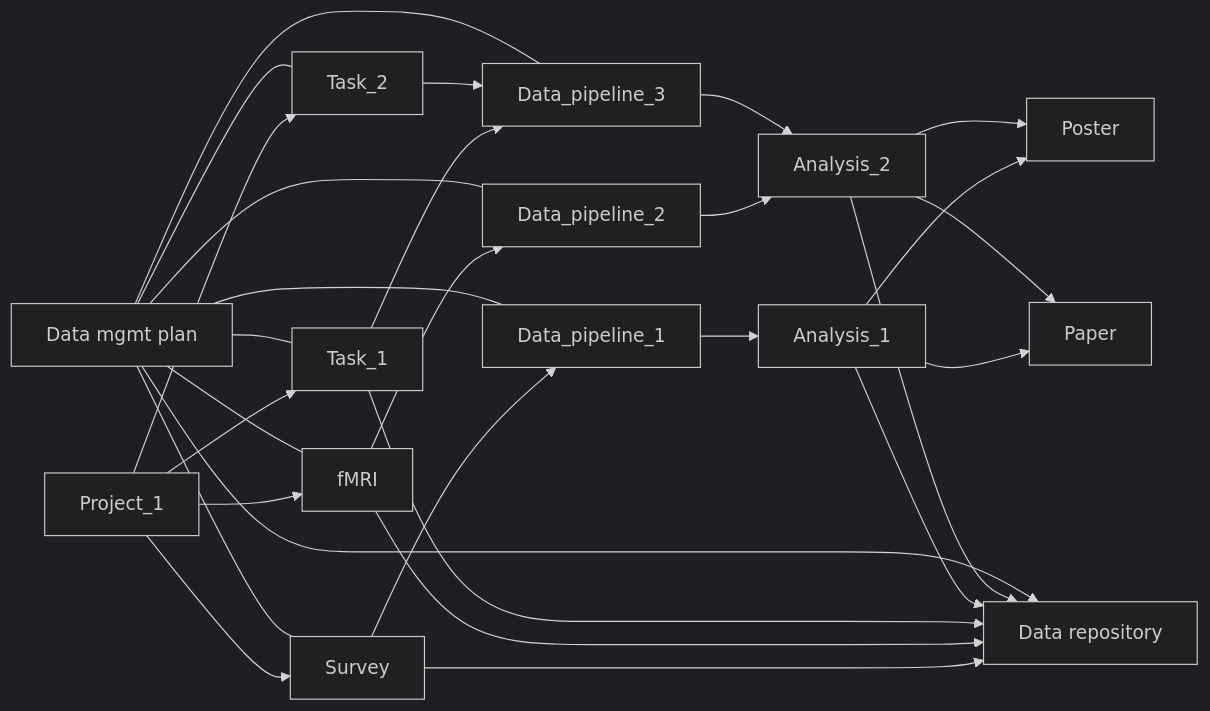
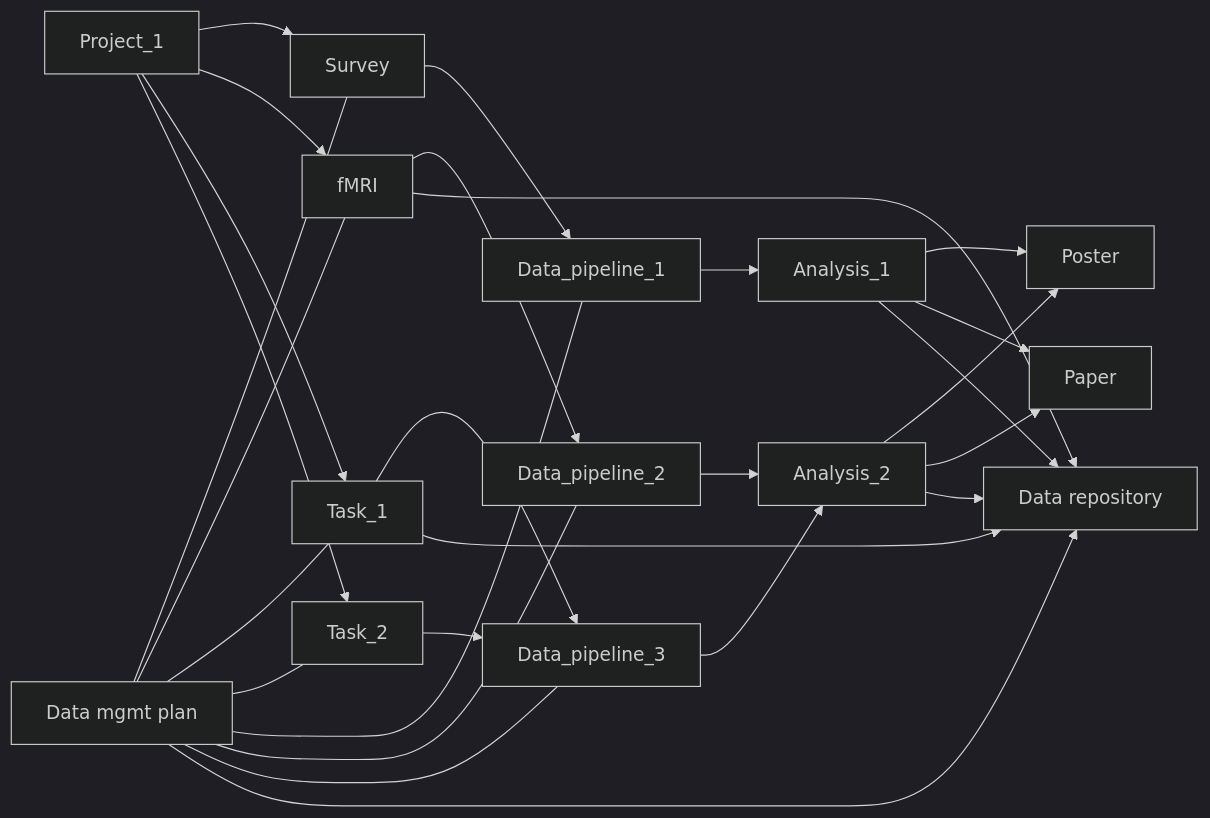
One commit to penn-state-open-science/sleic-best-practices-2025-12-02 changed the fourth of 5 diagrams in index.qmd. Above: the diagram before and after it, drawn with Mermaid (dark theme). The commit also changed other lines of this file and 9 other files, not shown here.

````diff
--- a/index.qmd
+++ b/index.qmd
@@ -229,19 +226,19 @@
 ```{mermaid}
 %%| label: fig-one-project-w-sharing
 %%| fig-cap: "One project workflow with planned data sharing"
 flowchart LR
   A["Project_1"] --> B["Survey"]
   A --> C["fMRI"]
   A --> D["Task_1"]
   A --> E["Task_2"]
   B --> P["Data_pipeline_1"]
   C --> Q["Data_pipeline_2"]
   D --> R["Data_pipeline_3"]
   E --> R
   F["Data mgmt plan"] --- B & C & D & E & P & Q & R
   P --> G["Analysis_1"]
   Q & R --> H["Analysis_2"]
   G & H --> I["Poster"]
   G & H --> J["Paper"]
-  B & C & D & G & H & F --> K["Data repository"]
+  C & D & G & H & F --> K["Data repository"]
 ```
````
